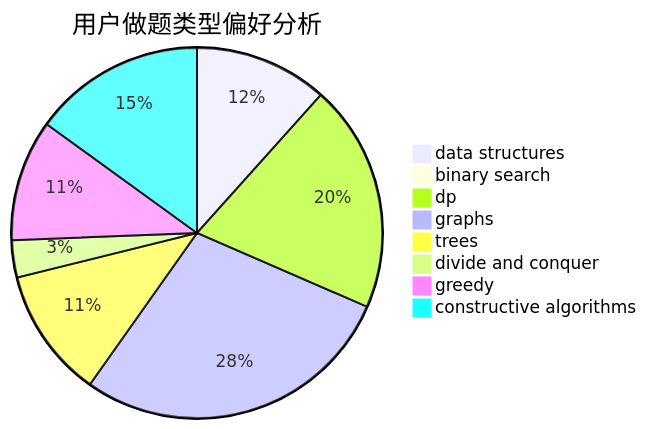
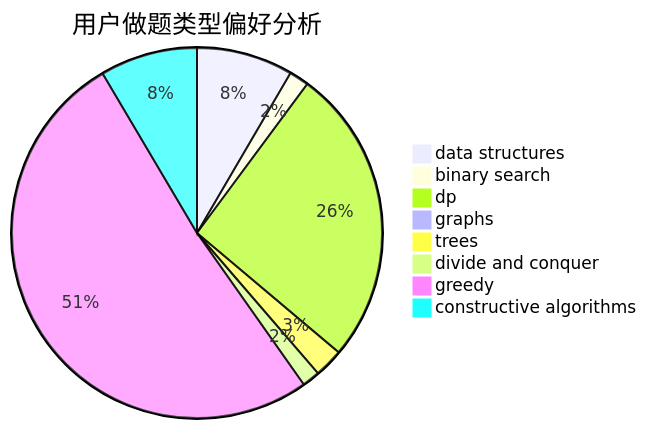
Before and after one commit to sherpahu/cfrs.github.io: the second of 3 diagrams in docs/user/u1826.md, drawn with Mermaid. The commit also changed other lines of this file and 2770 other files, not shown here.

````diff
--- a/docs/user/u1826.md
+++ b/docs/user/u1826.md
@@ -23,11 +23,11 @@
 ```mermaid
 pie title 用户做题类型偏好分析
-    "data structures" :  79
-    "binary search" :  5
-    "dp" :  135
-    "graphs" :  192
-    "trees" :  77
-    "divide and conquer" :  22
-    "greedy" :  72
-    "constructive algorithms" :  102
+    "data structures" :  103
+    "binary search" :  21
+    "dp" :  318
+    "graphs" :  4
+    "trees" :  31
+    "divide and conquer" :  19
+    "greedy" :  627
+    "constructive algorithms" :  104
 ```
````
